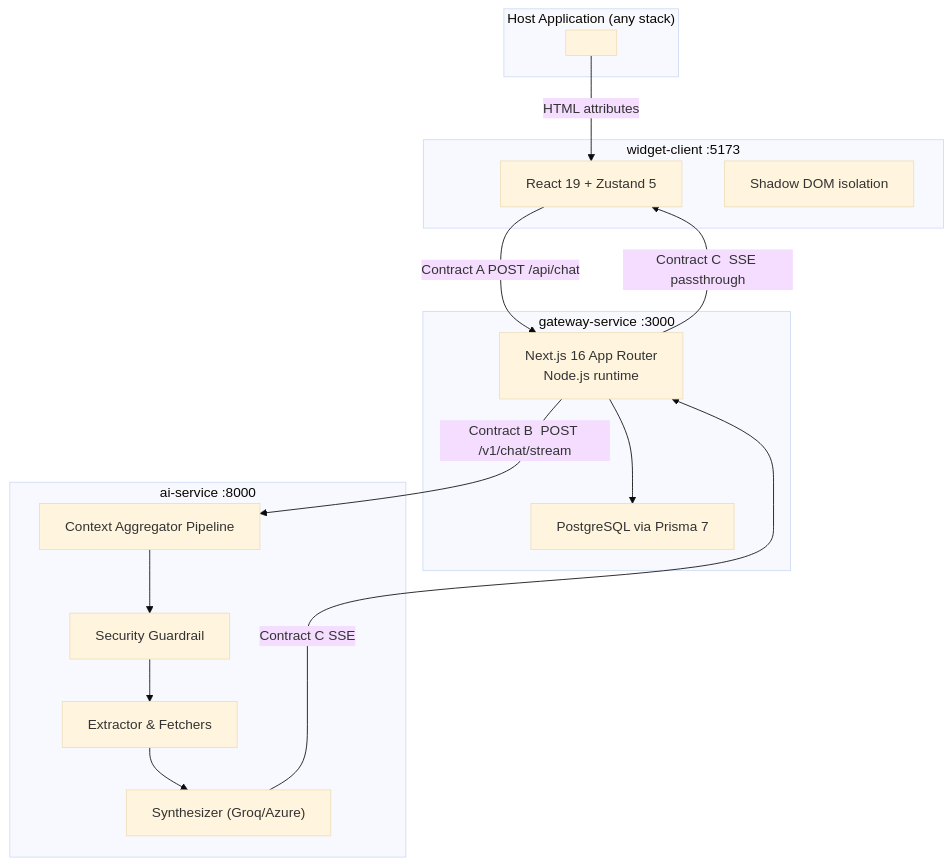
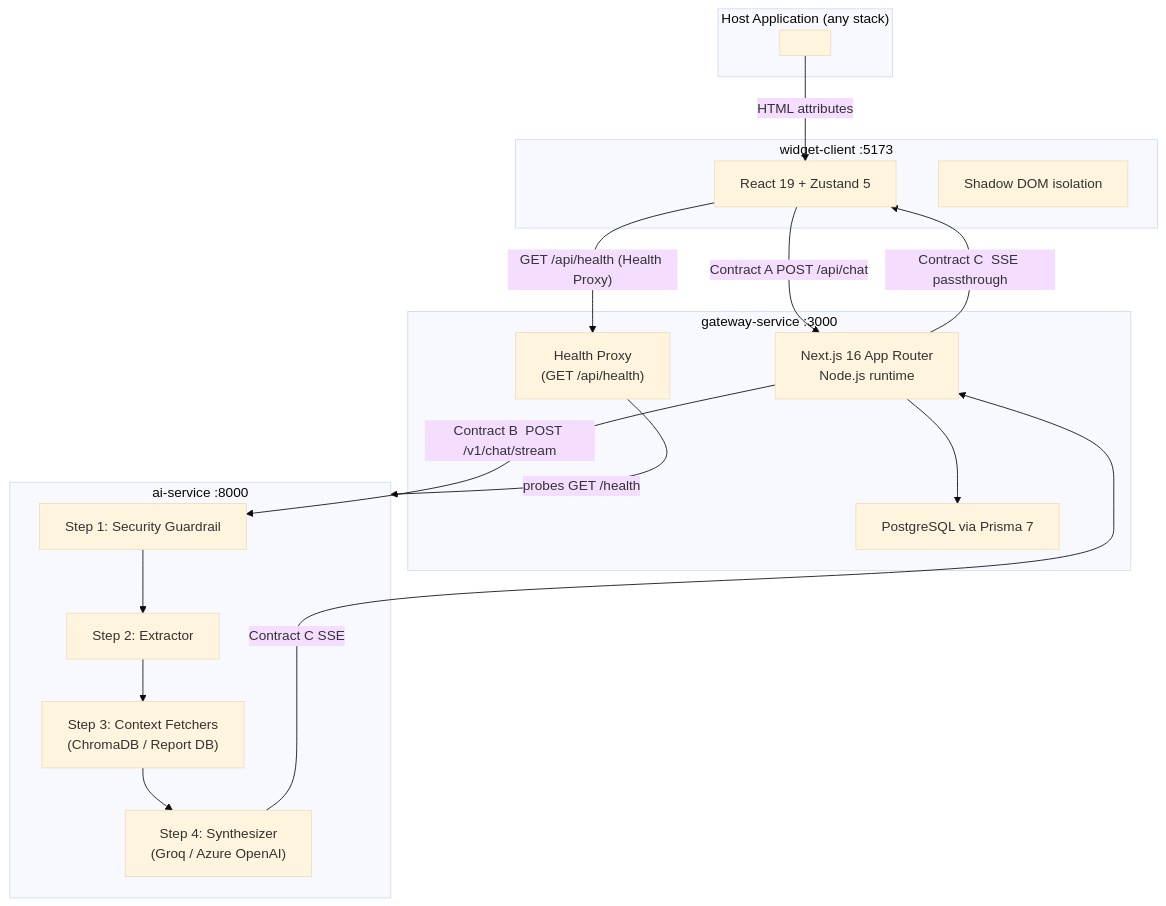
The diagram in README.md (Manavagarwal2703/compliance-overlay), drawn with Mermaid (base theme) before and after one commit. The commit also changed other lines of this file and 3 other files, not shown here.

````diff
--- a/README.md
+++ b/README.md
@@ -23,33 +23,36 @@
 ```mermaid
 flowchart TB
   subgraph host["Host Application (any stack)"]
     WC["<compliance-chat-overlay\nuser-role='reviewer'\nuser-id='usr_123'>"]
   end
 
   subgraph widget["widget-client  :5173"]
     UI["React 19 + Zustand 5"]
     SHADOW["Shadow DOM isolation"]
   end
 
   subgraph gateway["gateway-service  :3000"]
     API["Next.js 16 App Router\nNode.js runtime"]
     DB["PostgreSQL via Prisma 7"]
+    HP["Health Proxy\n(GET /api/health)"]
   end
 
   subgraph ai["ai-service  :8000"]
-    PIPELINE["Context Aggregator Pipeline"]
-    GUARD["Security Guardrail"]
-    EXTRACT["Extractor & Fetchers"]
-    SYNTH["Synthesizer (Groq/Azure)"]
+    GUARD["Step 1: Security Guardrail"]
+    EXTRACT["Step 2: Extractor"]
+    FETCH["Step 3: Context Fetchers\n(ChromaDB / Report DB)"]
+    SYNTH["Step 4: Synthesizer\n(Groq / Azure OpenAI)"]
   end
 
   WC -->|"HTML attributes"| UI
   UI -->|"Contract A  POST /api/chat"| API
+  UI -->|"GET /api/health (Health Proxy)"| HP
   API --> DB
-  API -->|"Contract B  POST /v1/chat/stream"| PIPELINE
-  PIPELINE --> GUARD
+  HP -->|"probes GET /health"| ai
+  API -->|"Contract B  POST /v1/chat/stream"| GUARD
   GUARD --> EXTRACT
-  EXTRACT --> SYNTH
+  EXTRACT --> FETCH
+  FETCH --> SYNTH
   SYNTH -->|"Contract C  SSE"| API
   API -->|"Contract C  SSE passthrough"| UI
 ```
````
